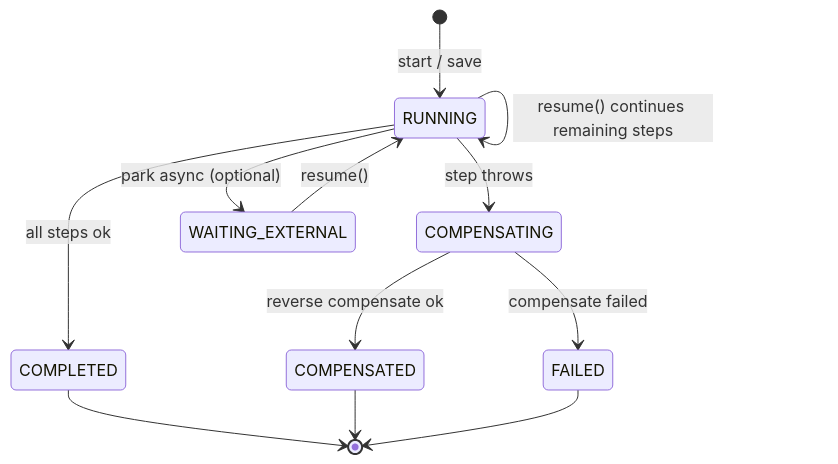
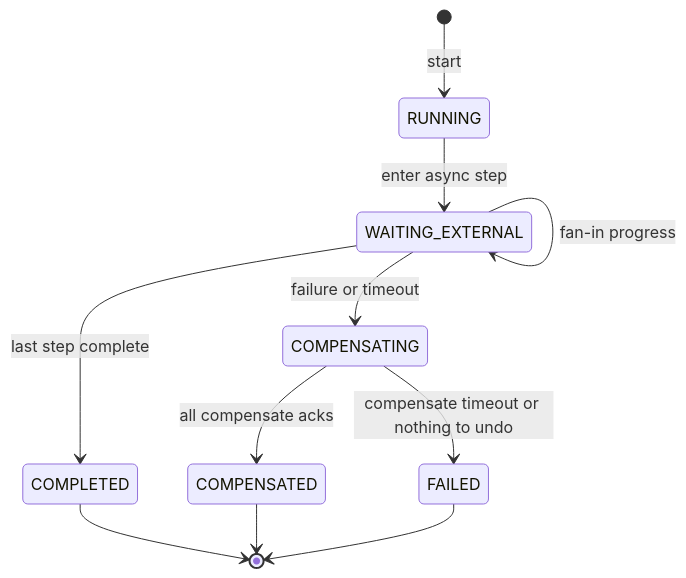
One commit to khinemyaezin/grab changed the fifth of 9 diagrams in docs/system/ADR_007-Workflow_framework_internal_design.md. Above: the diagram before and after it, drawn with Mermaid. The commit also changed other lines of this file and 39 other files, not shown here.

````diff
--- a/docs/system/ADR_007-Workflow_framework_internal_design.md
+++ b/docs/system/ADR_007-Workflow_framework_internal_design.md
@@ -188,14 +368,13 @@
 ```mermaid
 stateDiagram-v2
-    [*] --> RUNNING: start / save
-    RUNNING --> COMPLETED: all steps ok
-    RUNNING --> COMPENSATING: step throws
-    RUNNING --> WAITING_EXTERNAL: park async (optional)
-    WAITING_EXTERNAL --> RUNNING: resume()
-    RUNNING --> RUNNING: resume() continues remaining steps
-    COMPENSATING --> COMPENSATED: reverse compensate ok
-    COMPENSATING --> FAILED: compensate failed
+    [*] --> RUNNING: start
+    RUNNING --> WAITING_EXTERNAL: enter async step
+    WAITING_EXTERNAL --> WAITING_EXTERNAL: fan-in progress
+    WAITING_EXTERNAL --> COMPLETED: last step complete
+    WAITING_EXTERNAL --> COMPENSATING: failure or timeout
+    COMPENSATING --> COMPENSATED: all compensate acks
+    COMPENSATING --> FAILED: compensate timeout or nothing to undo
     COMPLETED --> [*]
     COMPENSATED --> [*]
     FAILED --> [*]
 ```
````
